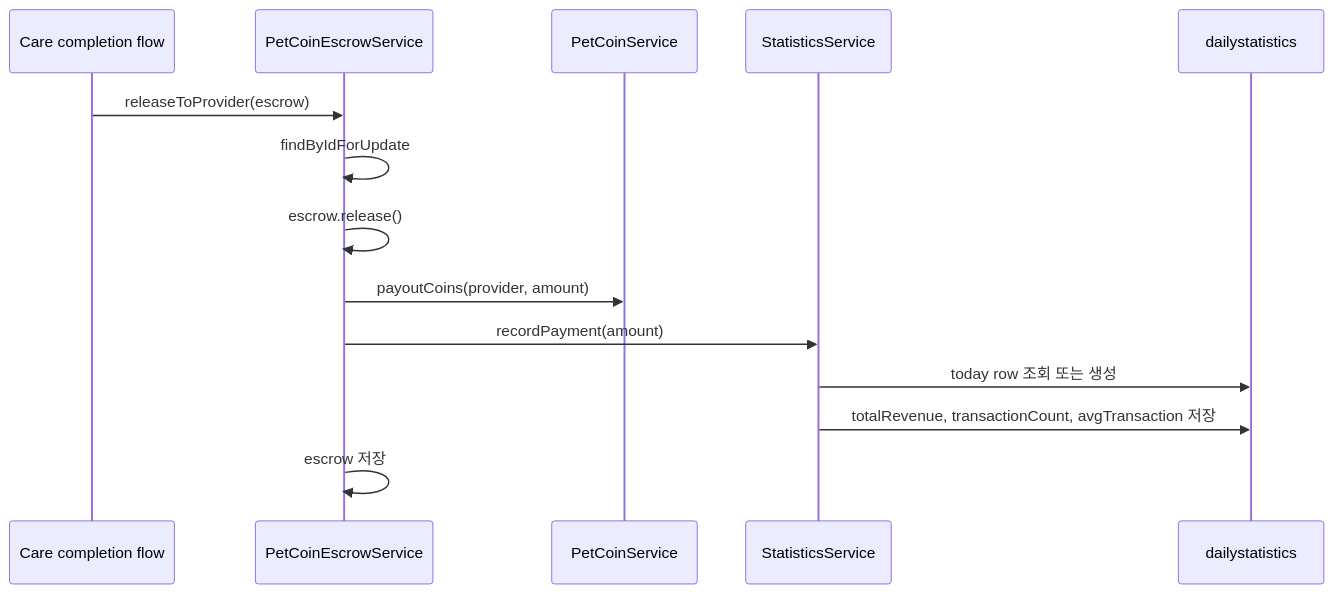
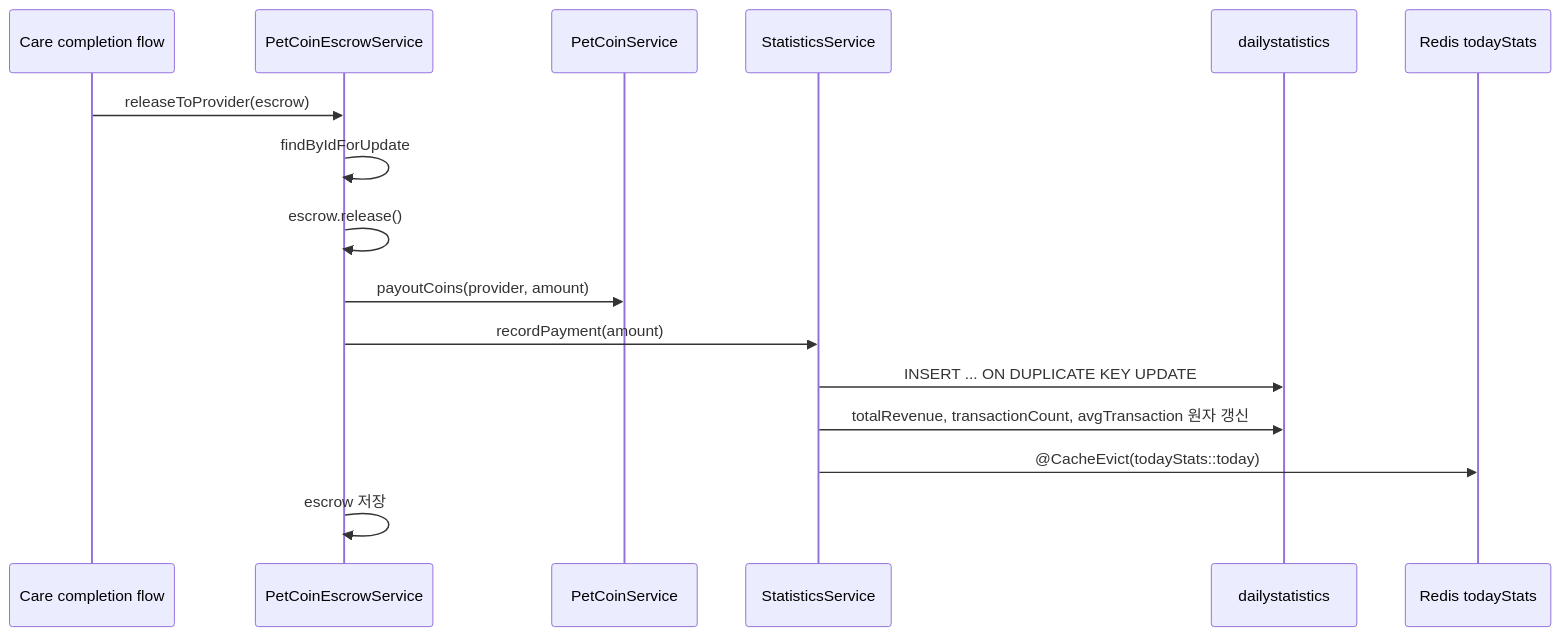
One commit to makkong1/Petory changed the fourth of 7 diagrams in docs/architecture/관리자 대시보드 & 통계 시스템 아키텍처.md. Above: the diagram before and after it, drawn with Mermaid. The commit also changed other lines of this file and 31 other files, not shown here.

````diff
--- a/docs/architecture/관리자 대시보드 & 통계 시스템 아키텍처.md
+++ b/docs/architecture/관리자 대시보드 & 통계 시스템 아키텍처.md
@@ -164,17 +166,19 @@
 ```mermaid
 sequenceDiagram
   participant Care as Care completion flow
   participant Escrow as PetCoinEscrowService
   participant Coin as PetCoinService
   participant Stats as StatisticsService
   participant Daily as dailystatistics
+  participant Redis as Redis todayStats
 
   Care->>Escrow: releaseToProvider(escrow)
   Escrow->>Escrow: findByIdForUpdate
   Escrow->>Escrow: escrow.release()
   Escrow->>Coin: payoutCoins(provider, amount)
   Escrow->>Stats: recordPayment(amount)
-  Stats->>Daily: today row 조회 또는 생성
-  Stats->>Daily: totalRevenue, transactionCount, avgTransaction 저장
+  Stats->>Daily: INSERT ... ON DUPLICATE KEY UPDATE
+  Stats->>Daily: totalRevenue, transactionCount, avgTransaction 원자 갱신
+  Stats->>Redis: @CacheEvict(todayStats::today)
   Escrow->>Escrow: escrow 저장
 ```
````
